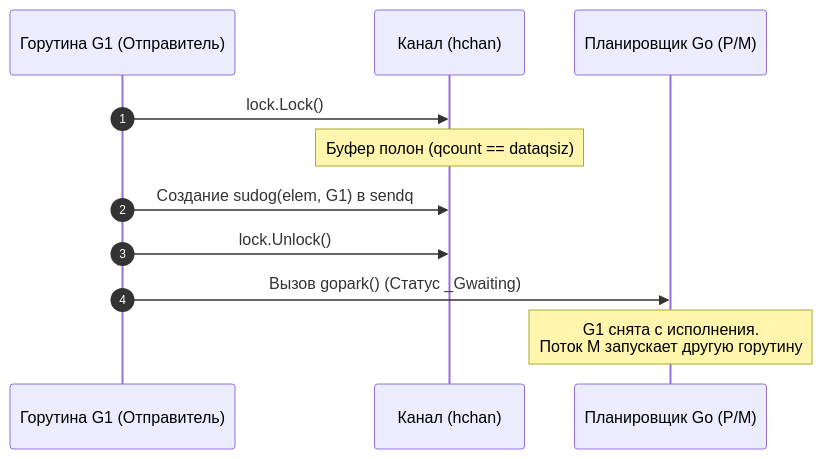
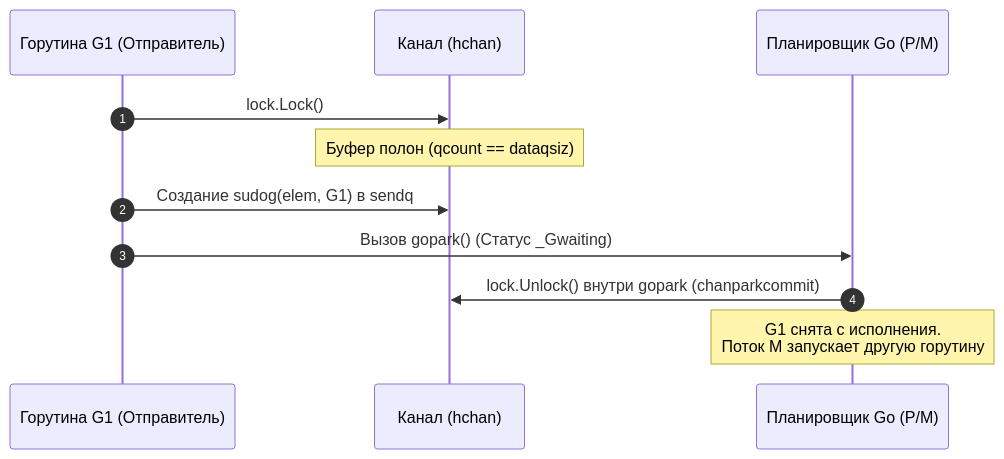
The second of 4 diagrams in sources/5. Учебник по Go (Основы и синтаксис)/37. Каналы под капотом. Буферизация, блокировки и select.md (UnrealTemplier/go-textbook-ru), drawn with Mermaid before and after one commit. The commit also changed other lines of this file and 43 other files, not shown here.

````diff
--- a/sources/5. Учебник по Go (Основы и синтаксис)/37. Каналы под капотом. Буферизация, блокировки и select.md
+++ b/sources/5. Учебник по Go (Основы и синтаксис)/37. Каналы под капотом. Буферизация, блокировки и select.md
@@ -98,14 +98,14 @@
 ```mermaid
 sequenceDiagram
     autonumber
     participant G1 as Горутина G1 (Отправитель)
     participant CH as Канал (hchan)
     participant Sched as Планировщик Go (P/M)
 
     G1->>CH: lock.Lock()
     Note over CH: Буфер полон (qcount == dataqsiz)
     G1->>CH: Создание sudog(elem, G1) в sendq
-    G1->>CH: lock.Unlock()
     G1->>Sched: Вызов gopark() (Статус _Gwaiting)
+    Sched->>CH: lock.Unlock() внутри gopark (chanparkcommit)
     Note over Sched: G1 снята с исполнения.<br/>Поток M запускает другую горутину
 ```
````
